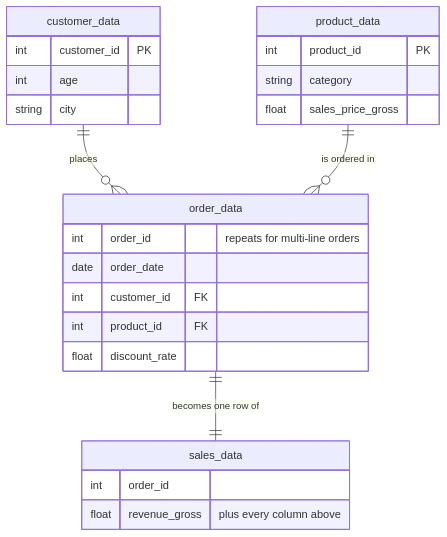
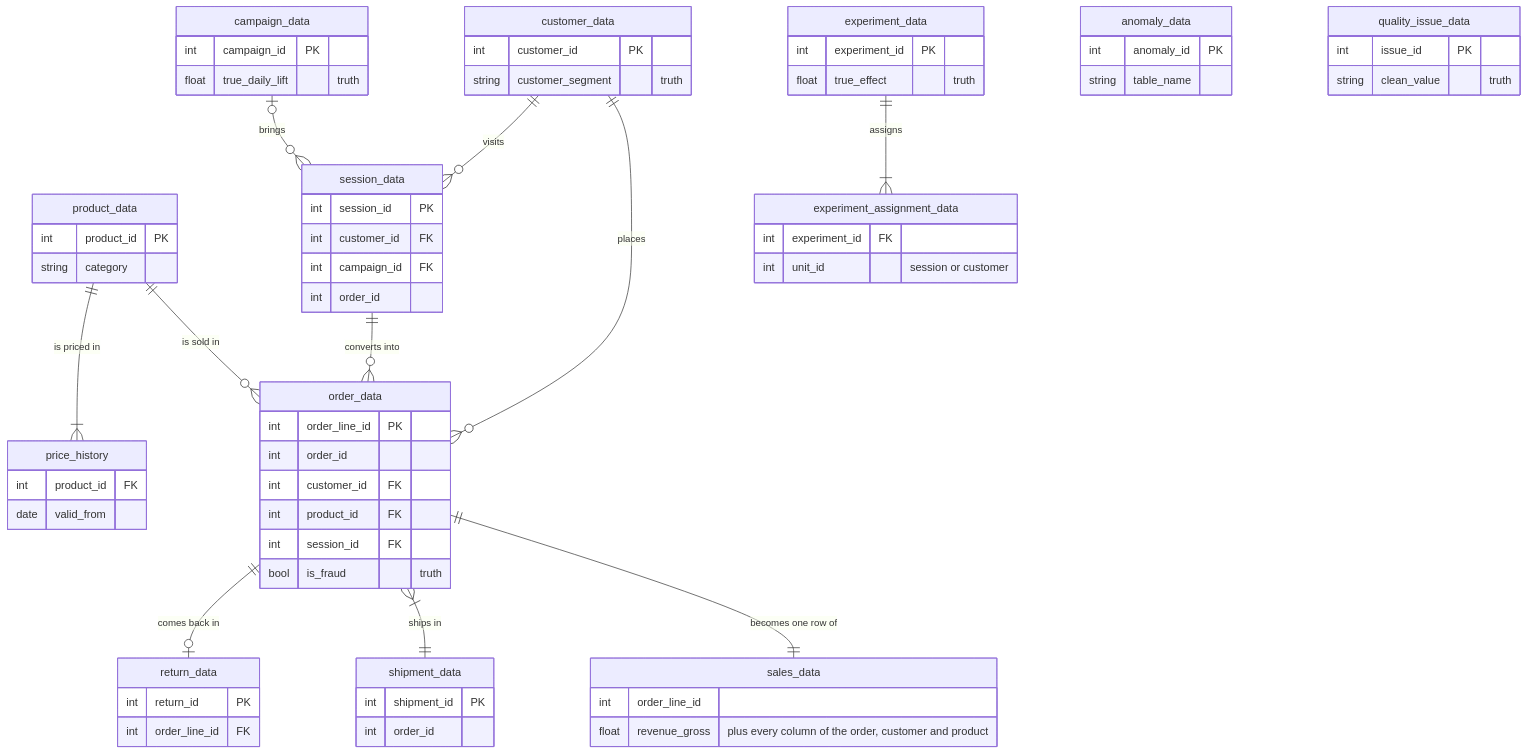
Before and after one commit to tlabedzki/Data-Generator: the diagram in README.md, drawn with Mermaid. The commit also changed other lines of this file and 7 other files, not shown here.

````diff
--- a/README.md
+++ b/README.md
@@ -139,27 +236,71 @@
 ```mermaid
 erDiagram
     customer_data ||--o{ order_data : places
-    product_data ||--o{ order_data : "is ordered in"
+    product_data ||--o{ order_data : "is sold in"
+    product_data ||--|{ price_history : "is priced in"
     order_data ||--|| sales_data : "becomes one row of"
+    order_data }|--|| shipment_data : "ships in"
+    order_data ||--o| return_data : "comes back in"
+    customer_data ||--o{ session_data : visits
+    campaign_data |o--o{ session_data : brings
+    session_data ||--o{ order_data : "converts into"
+    experiment_data ||--|{ experiment_assignment_data : assigns
     customer_data {
         int customer_id PK
-        int age
-        string city
+        string customer_segment "truth"
     }
     product_data {
         int product_id PK
         string category
-        float sales_price_gross
     }
     order_data {
-        int order_id "repeats for multi-line orders"
-        date order_date
+        int order_line_id PK
+        int order_id
         int customer_id FK
         int product_id FK
-        float discount_rate
+        int session_id FK
+        bool is_fraud "truth"
     }
     sales_data {
+        int order_line_id
+        float revenue_gross "plus every column of the order, customer and product"
+    }
+    price_history {
+        int product_id FK
+        date valid_from
+    }
+    shipment_data {
+        int shipment_id PK
         int order_id
-        float revenue_gross "plus every column above"
+    }
+    return_data {
+        int return_id PK
+        int order_line_id FK
+    }
+    campaign_data {
+        int campaign_id PK
+        float true_daily_lift "truth"
+    }
+    session_data {
+        int session_id PK
+        int customer_id FK
+        int campaign_id FK
+        int order_id
+    }
+    experiment_data {
+        int experiment_id PK
+        float true_effect "truth"
+    }
+    experiment_assignment_data {
+        int experiment_id FK
+        int unit_id "session or customer"
+    }
+    anomaly_data {
+        int anomaly_id PK
+        string table_name
+    }
+    quality_issue_data {
+        int issue_id PK
+        string clean_value "truth"
     }
 ```
````
